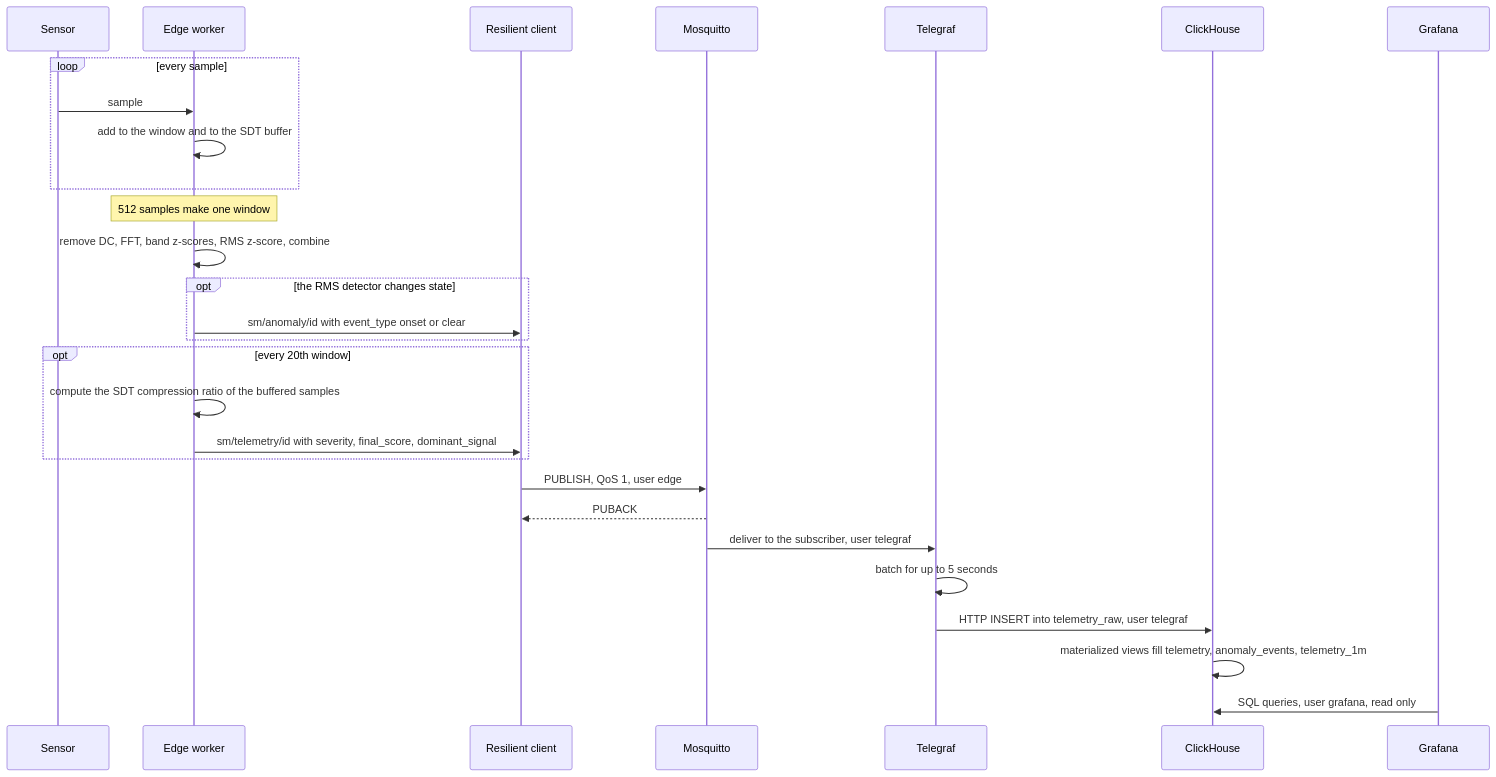
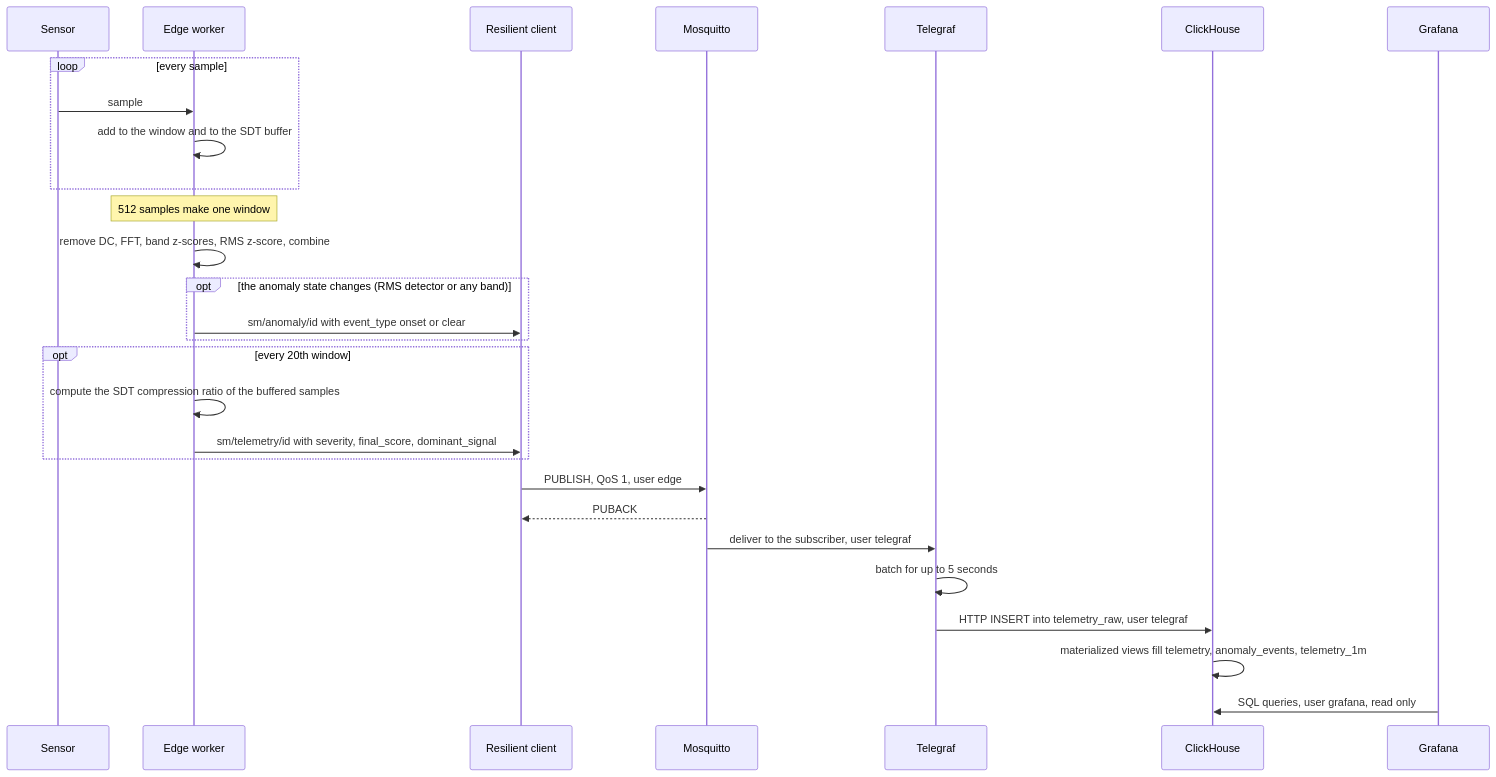
The seventh of 8 diagrams in docs/ARCHITECTURE.md (casablanque-code/avenge), drawn with Mermaid before and after one commit. The commit also changed other lines of this file and 12 other files, not shown here.

First line of the commit message:
fix(edge): anomaly events follow the combined state, with source and band

````diff
--- a/docs/ARCHITECTURE.md
+++ b/docs/ARCHITECTURE.md
@@ -226,31 +226,31 @@
 ```mermaid
 sequenceDiagram
     participant S as Sensor
     participant E as Edge worker
     participant R as Resilient client
     participant B as Mosquitto
     participant T as Telegraf
     participant K as ClickHouse
     participant G as Grafana
 
     loop every sample
         S->>E: sample
         E->>E: add to the window and to the SDT buffer
     end
     Note over E: 512 samples make one window
     E->>E: remove DC, FFT, band z-scores, RMS z-score, combine
-    opt the RMS detector changes state
+    opt the anomaly state changes (RMS detector or any band)
         E->>R: sm/anomaly/id with event_type onset or clear
     end
     opt every 20th window
         E->>E: compute the SDT compression ratio of the buffered samples
         E->>R: sm/telemetry/id with severity, final_score, dominant_signal
     end
     R->>B: PUBLISH, QoS 1, user edge
     B-->>R: PUBACK
     B->>T: deliver to the subscriber, user telegraf
     T->>T: batch for up to 5 seconds
     T->>K: HTTP INSERT into telemetry_raw, user telegraf
     K->>K: materialized views fill telemetry, anomaly_events, telemetry_1m
     G->>K: SQL queries, user grafana, read only
 ```
````
